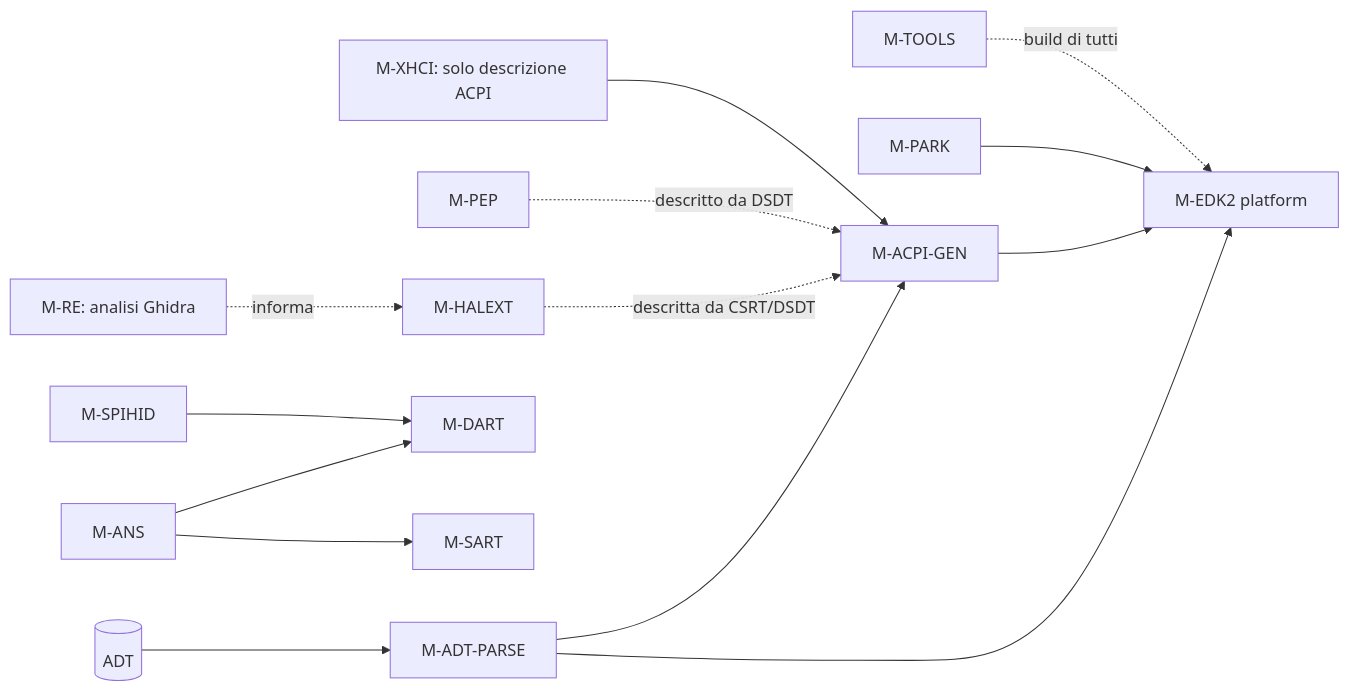
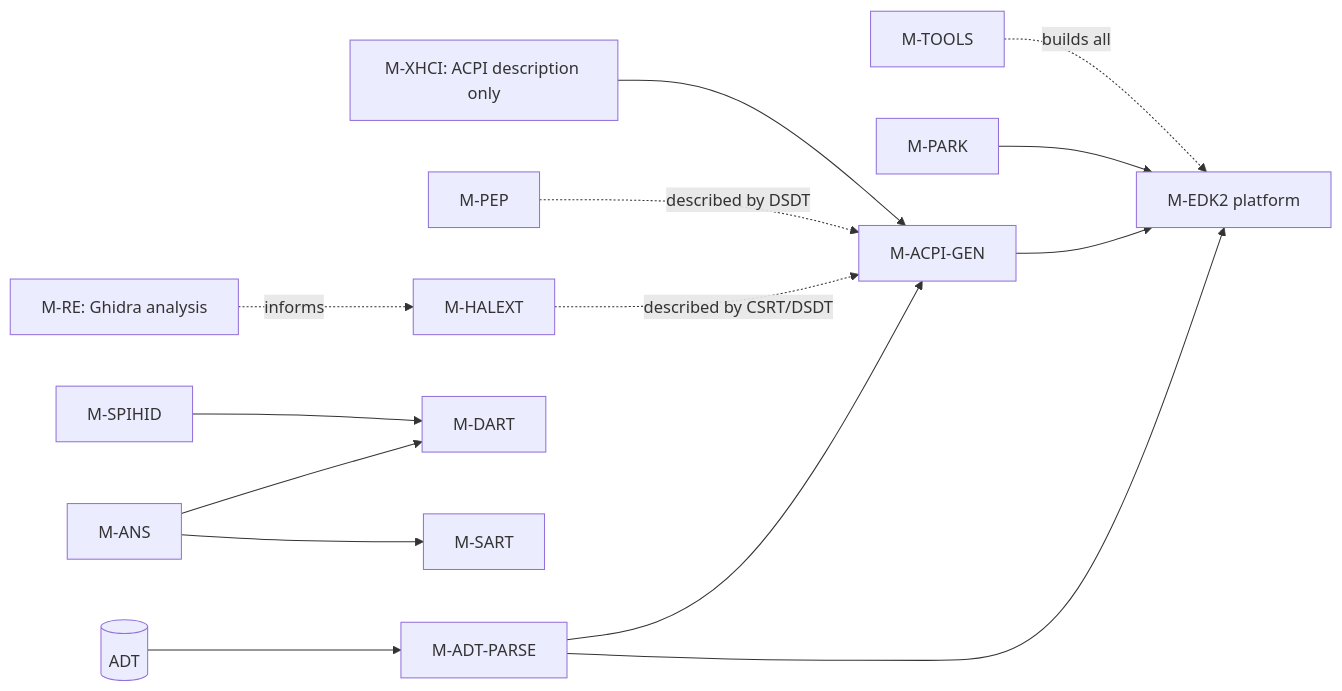
One commit to ZonatedCord/WatariBoot changed the third of 5 diagrams in docs/design/watariboot/ARCHITECTURE.md. Above: the diagram before and after it, drawn with Mermaid. The commit also changed other lines of this file and 92 other files, not shown here.

````diff
--- a/docs/design/watariboot/ARCHITECTURE.md
+++ b/docs/design/watariboot/ARCHITECTURE.md
@@ -52,16 +52,16 @@
 ```mermaid
 flowchart LR
   ADT[(ADT)] --> ADTP[M-ADT-PARSE]
   ADTP --> ACPIGEN[M-ACPI-GEN]
   ADTP --> EDK2[M-EDK2 platform]
   ACPIGEN --> EDK2
   PARK[M-PARK] --> EDK2
-  HALEXT[M-HALEXT] -. descritta da CSRT/DSDT .-> ACPIGEN
-  PEP[M-PEP] -. descritto da DSDT .-> ACPIGEN
+  HALEXT[M-HALEXT] -. described by CSRT/DSDT .-> ACPIGEN
+  PEP[M-PEP] -. described by DSDT .-> ACPIGEN
   ANS[M-ANS] --> DART[M-DART]
   ANS --> SART[M-SART]
-  XHCI[M-XHCI: solo descrizione ACPI] --> ACPIGEN
+  XHCI[M-XHCI: ACPI description only] --> ACPIGEN
   SPIHID[M-SPIHID] --> DART
-  RE[M-RE: analisi Ghidra] -. informa .-> HALEXT
-  TOOLS[M-TOOLS] -. build di tutti .-> EDK2
+  RE[M-RE: Ghidra analysis] -. informs .-> HALEXT
+  TOOLS[M-TOOLS] -. builds all .-> EDK2
 ```
````
